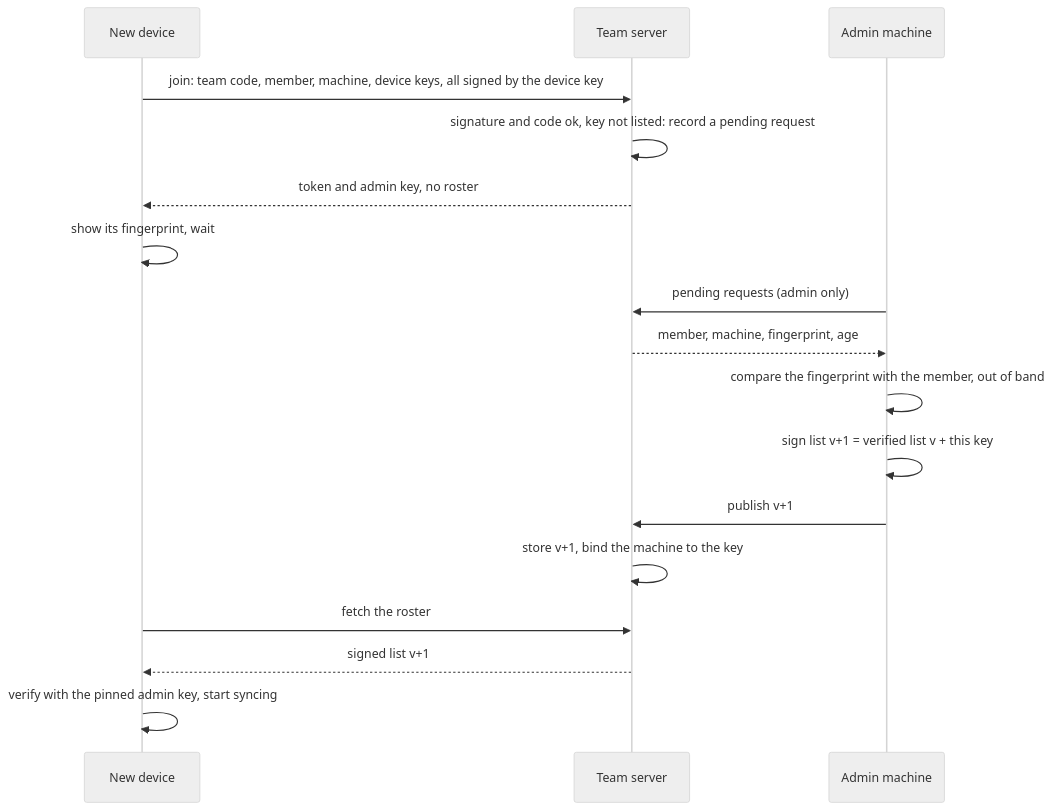
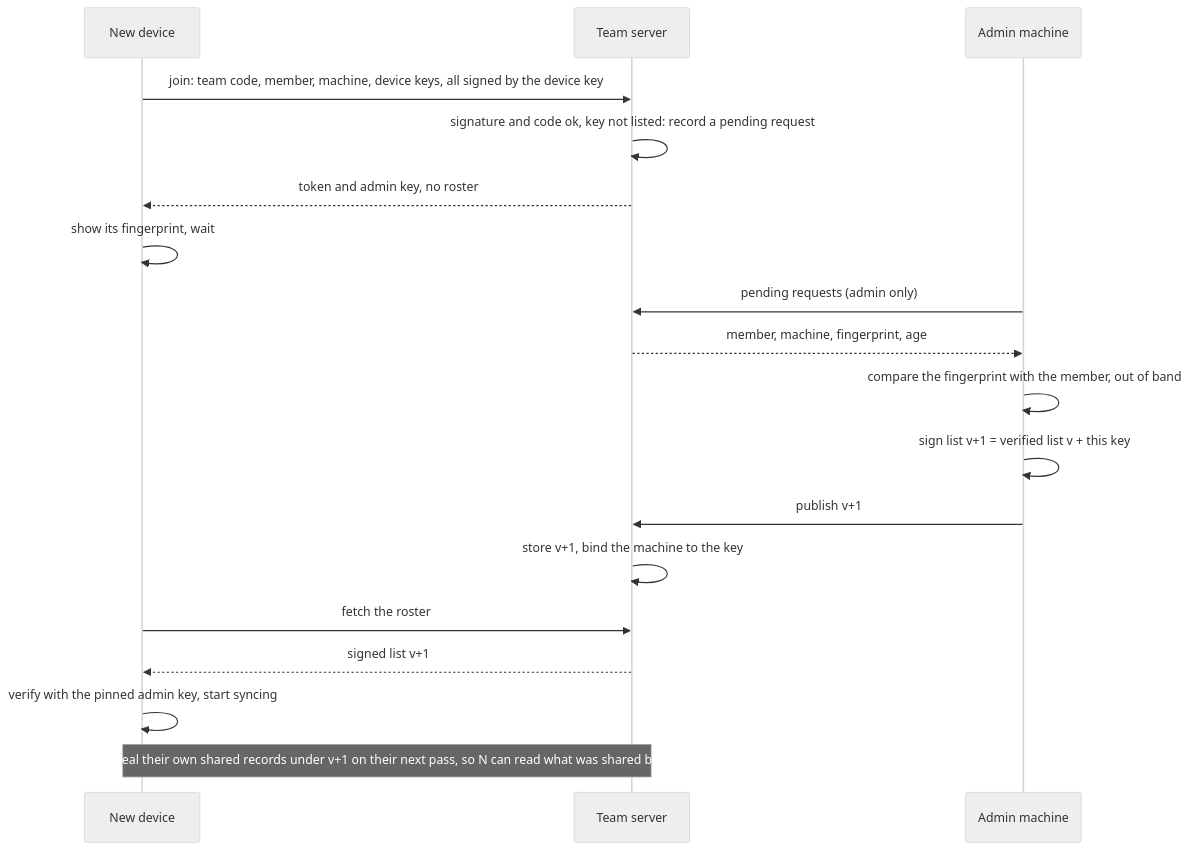
One commit to y0c0ms/sesync changed the tenth of 12 diagrams in docs/ARCHITECTURE.md. Above: the diagram before and after it, drawn with Mermaid (neutral theme). The commit also changed other lines of this file, not shown here.

First line of the commit message:
docs: re-seal after a list change in the team diagrams (#61)

````diff
--- a/docs/ARCHITECTURE.md
+++ b/docs/ARCHITECTURE.md
@@ -233,19 +258,20 @@
 ```mermaid
 sequenceDiagram
     participant N as New device
     participant S as Team server
     participant A as Admin machine
     N->>S: join: team code, member, machine, device keys, all signed by the device key
     S->>S: signature and code ok, key not listed: record a pending request
     S-->>N: token and admin key, no roster
     N->>N: show its fingerprint, wait
     A->>S: pending requests (admin only)
     S-->>A: member, machine, fingerprint, age
     A->>A: compare the fingerprint with the member, out of band
     A->>A: sign list v+1 = verified list v + this key
     A->>S: publish v+1
     S->>S: store v+1, bind the machine to the key
     N->>S: fetch the roster
     S-->>N: signed list v+1
     N->>N: verify with the pinned admin key, start syncing
+    Note over S,N: members re-seal their own shared records under v+1 on their next pass, so N can read what was shared before it joined
 ```
````
